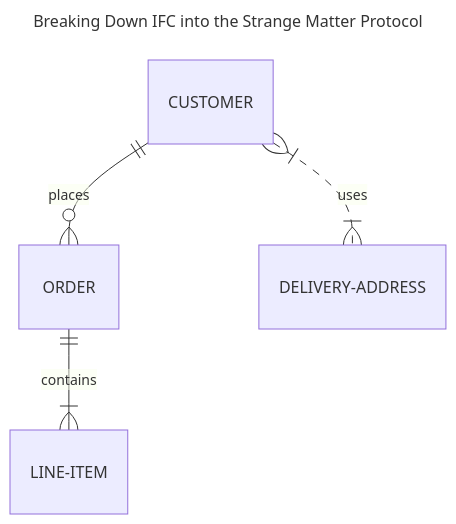
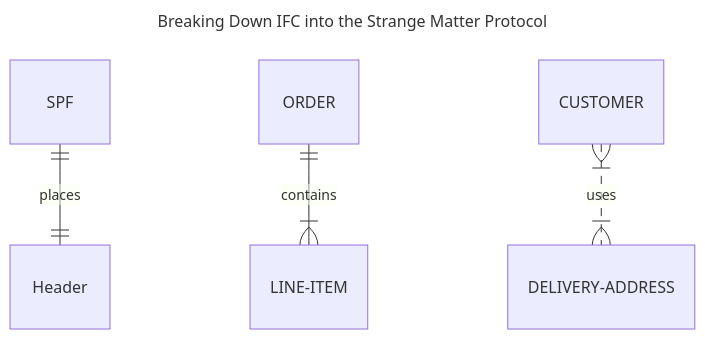
Before and after one commit to magnetar-io/strangematter_ifc_4x: the diagram in README.md, drawn with Mermaid.

````diff
--- a/README.md
+++ b/README.md
@@ -2,9 +2,9 @@
 ```mermaid
 ---
 title: Breaking Down IFC into the Strange Matter Protocol
 ---
 erDiagram
-    CUSTOMER ||--o{ ORDER : places
+    SPF  ||--|| Header : places
     ORDER ||--|{ LINE-ITEM : contains
     CUSTOMER }|..|{ DELIVERY-ADDRESS : uses
 ```
````
